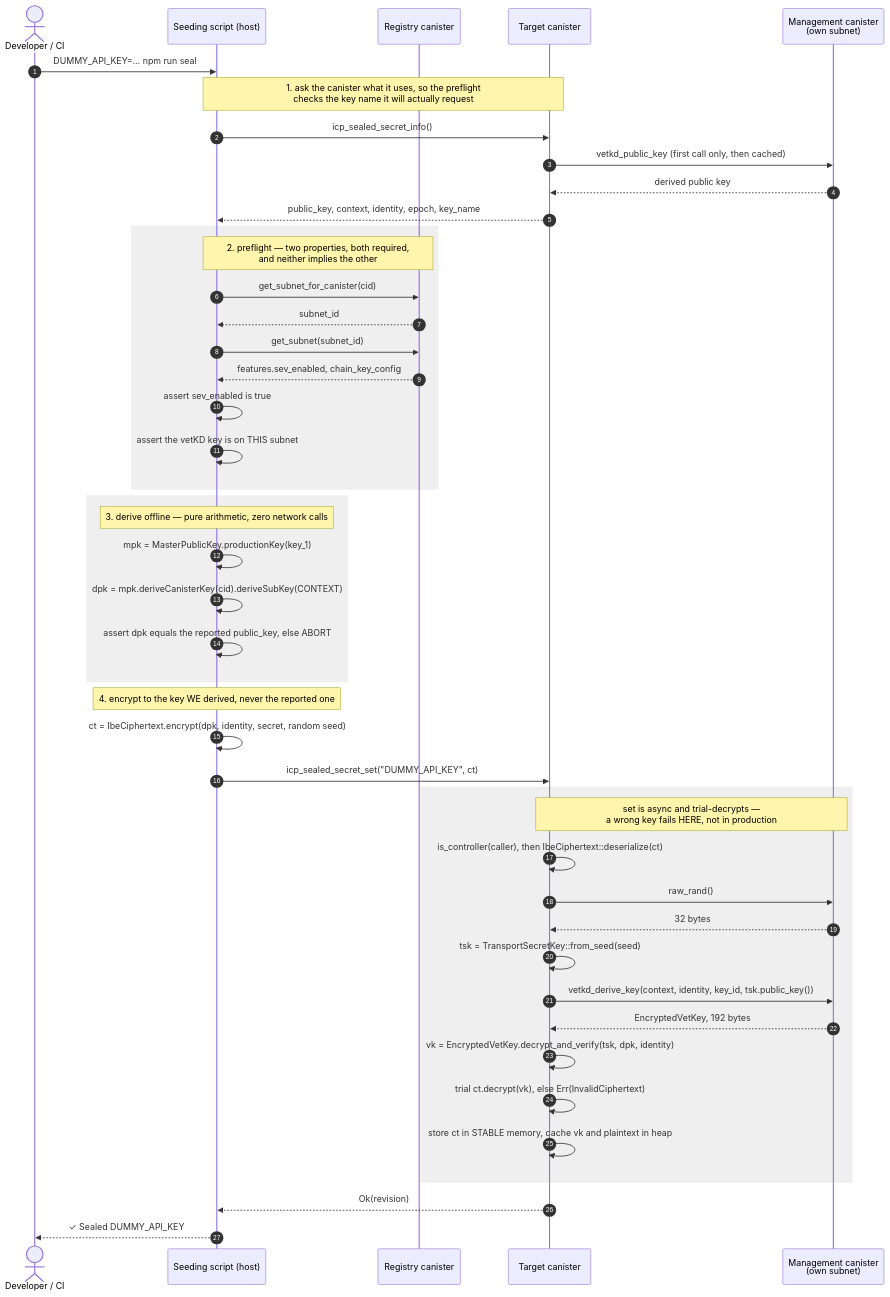
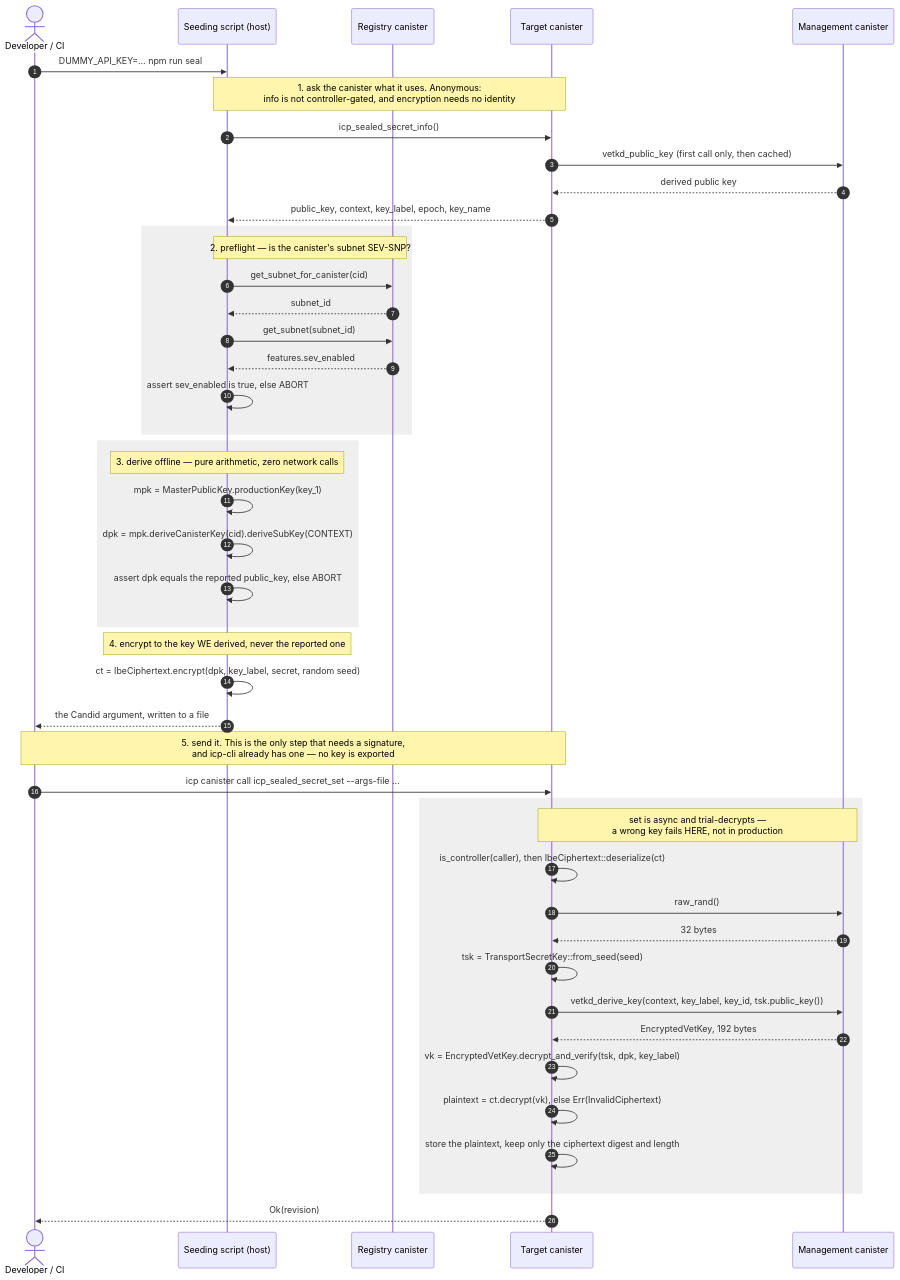
The first of 2 diagrams in README.md (marc0olo/icp-seeding-secrets-poc), drawn with Mermaid before and after one commit. The commit also changed other lines of this file and 624 other files, not shown here.

````diff
--- a/README.md
+++ b/README.md
@@ -137,54 +197,55 @@
 ```mermaid
 sequenceDiagram
     autonumber
     actor Dev as Developer / CI
     participant Script as Seeding script (host)
     participant Reg as Registry canister
     participant Can as Target canister
-    participant Mgmt as Management canister<br/>(own subnet)
+    participant Mgmt as Management canister
 
     Dev->>Script: DUMMY_API_KEY=… npm run seal
 
-    Note over Script,Can: 1. ask the canister what it uses, so the preflight<br/>checks the key name it will actually request
+    Note over Script,Can: 1. ask the canister what it uses. Anonymous:<br/>info is not controller-gated, and encryption needs no identity
     Script->>Can: icp_sealed_secret_info()
     Can->>Mgmt: vetkd_public_key (first call only, then cached)
     Mgmt-->>Can: derived public key
-    Can-->>Script: public_key, context, identity, epoch, key_name
+    Can-->>Script: public_key, context, key_label, epoch, key_name
 
     rect rgba(120,120,120,.12)
-    Note over Script,Reg: 2. preflight — two properties, both required,<br/>and neither implies the other
+    Note over Script,Reg: 2. preflight — is the canister's subnet SEV-SNP?
     Script->>Reg: get_subnet_for_canister(cid)
     Reg-->>Script: subnet_id
     Script->>Reg: get_subnet(subnet_id)
-    Reg-->>Script: features.sev_enabled, chain_key_config
-    Script->>Script: assert sev_enabled is true
-    Script->>Script: assert the vetKD key is on THIS subnet
+    Reg-->>Script: features.sev_enabled
+    Script->>Script: assert sev_enabled is true, else ABORT
     end
 
     rect rgba(120,120,120,.12)
     Note over Script: 3. derive offline — pure arithmetic, zero network calls
     Script->>Script: mpk = MasterPublicKey.productionKey(key_1)
     Script->>Script: dpk = mpk.deriveCanisterKey(cid).deriveSubKey(CONTEXT)
     Script->>Script: assert dpk equals the reported public_key, else ABORT
     end
 
     Note over Script: 4. encrypt to the key WE derived, never the reported one
-    Script->>Script: ct = IbeCiphertext.encrypt(dpk, identity, secret, random seed)
-    Script->>Can: icp_sealed_secret_set("DUMMY_API_KEY", ct)
+    Script->>Script: ct = IbeCiphertext.encrypt(dpk, key_label, secret, random seed)
+    Script-->>Dev: the Candid argument, written to a file
+
+    Note over Dev,Can: 5. send it. This is the only step that needs a signature,<br/>and icp-cli already has one — no key is exported
+    Dev->>Can: icp canister call icp_sealed_secret_set --args-file …
 
     rect rgba(120,120,120,.12)
     Note over Can,Mgmt: set is async and trial-decrypts —<br/>a wrong key fails HERE, not in production
     Can->>Can: is_controller(caller), then IbeCiphertext::deserialize(ct)
     Can->>Mgmt: raw_rand()
     Mgmt-->>Can: 32 bytes
     Can->>Can: tsk = TransportSecretKey::from_seed(seed)
-    Can->>Mgmt: vetkd_derive_key(context, identity, key_id, tsk.public_key())
+    Can->>Mgmt: vetkd_derive_key(context, key_label, key_id, tsk.public_key())
     Mgmt-->>Can: EncryptedVetKey, 192 bytes
-    Can->>Can: vk = EncryptedVetKey.decrypt_and_verify(tsk, dpk, identity)
-    Can->>Can: trial ct.decrypt(vk), else Err(InvalidCiphertext)
-    Can->>Can: store ct in STABLE memory, cache vk and plaintext in heap
+    Can->>Can: vk = EncryptedVetKey.decrypt_and_verify(tsk, dpk, key_label)
+    Can->>Can: plaintext = ct.decrypt(vk), else Err(InvalidCiphertext)
+    Can->>Can: store the plaintext, keep only the ciphertext digest and length
     end
 
-    Can-->>Script: Ok(revision)
-    Script-->>Dev: ✓ Sealed DUMMY_API_KEY
+    Can-->>Dev: Ok(revision)
 ```
````
